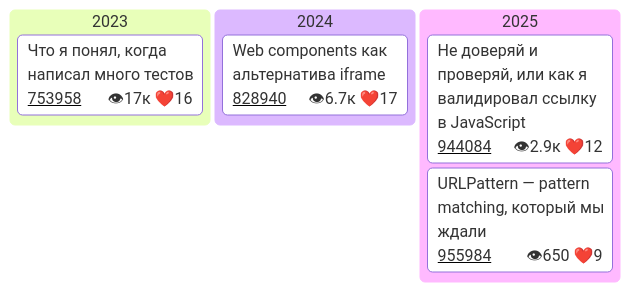
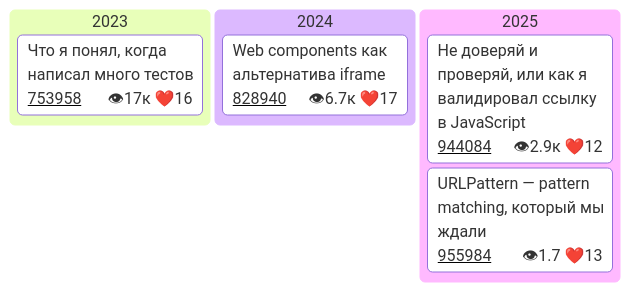
One commit to Goodzonchik/Goodzonchik changed the fourth of 4 diagrams in README.md. Above: the diagram before and after it, drawn with Mermaid.

````diff
--- a/README.md
+++ b/README.md
@@ -51,28 +51,28 @@
 ```mermaid
 ---
 config:
   kanban:
     ticketBaseUrl: 'https://habr.com/ru/companies/tbank/articles/#TICKET#'
 
 ---
 kanban
   2023
     card1["Что я понял, когда написал много тестов"]@{
       ticket: 753958
       assigned: 👁17к ❤️16
     }
   2024
     card2["Web components как альтернатива iframe"]@{
       ticket: 828940
       assigned: 👁6.7к ❤️17
     }
   2025
     card3["Не доверяй и проверяй, или как я валидировал ссылку в JavaScript"]@{
       ticket: 944084
       assigned: 👁2.9к ❤️12
     }
    card4["URLPattern — pattern matching, который мы ждали"]@{
       ticket: 955984
-      assigned: 👁650 ❤️9
+      assigned: 👁1.7 ❤️13
     }
 ```
````
